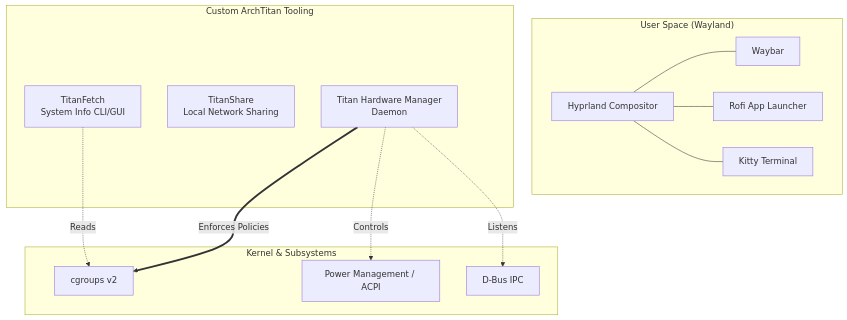
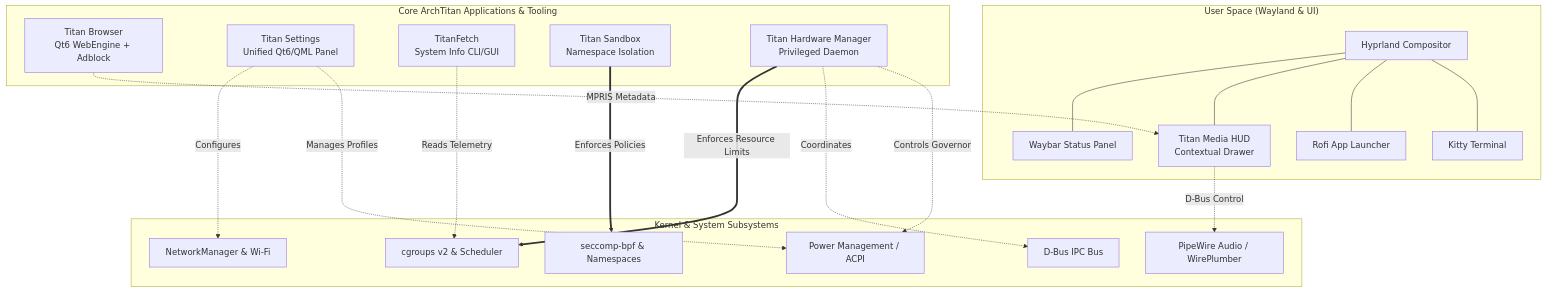
One commit to GitGuru29/archtitan-os changed the first of 3 diagrams in README.md. Above: the diagram before and after it, drawn with Mermaid. The commit also changed other lines of this file, not shown here.

Commit message:
docs: update README with project badges, enhanced ecosystem documentation, and architectural diagrams

````diff
--- a/README.md
+++ b/README.md
@@ -22,31 +29,44 @@
 ```mermaid
 graph TD
-    subgraph "User Space (Wayland)"
+    subgraph "User Space (Wayland & UI)"
         H[Hyprland Compositor]
-        W[Waybar]
+        W[Waybar Status Panel]
+        MH[Titan Media HUD<br>Contextual Drawer]
         R[Rofi App Launcher]
         K[Kitty Terminal]
     end
 
-    subgraph "Custom ArchTitan Tooling"
+    subgraph "Core ArchTitan Applications & Tooling"
+        TB[Titan Browser<br>Qt6 WebEngine + Adblock]
+        TS_APP[Titan Settings<br>Unified Qt6/QML Panel]
         TF[TitanFetch<br>System Info CLI/GUI]
-        TS[TitanShare<br>Local Network Sharing]
-        THM[Titan Hardware Manager<br>Daemon]
+        TSD[Titan Sandbox<br>Namespace Isolation]
+        THM[Titan Hardware Manager<br>Privileged Daemon]
     end
 
-    subgraph "Kernel & Subsystems"
-        CG[cgroups v2]
+    subgraph "Kernel & System Subsystems"
+        CG[cgroups v2 & Scheduler]
+        SEC[seccomp-bpf & Namespaces]
         PM[Power Management / ACPI]
-        DB[D-Bus IPC]
+        PW[PipeWire Audio / WirePlumber]
+        NM[NetworkManager & Wi-Fi]
+        DB[D-Bus IPC Bus]
     end
 
-    %% Relationships
+    %% User Space Connections
     H --- W
+    H --- MH
     H --- R
     H --- K
     
-    TF -.->|Reads| CG
-    THM ==>|Enforces Policies| CG
-    THM -.->|Listens| DB
-    THM -.->|Controls| PM
+    %% Tooling Interactions
+    TB -.->|MPRIS Metadata| MH
+    MH -.->|D-Bus Control| PW
+    TS_APP -.->|Configures| NM
+    TS_APP -.->|Manages Profiles| PM
+    TSD ==>|Enforces Policies| SEC
+    TF -.->|Reads Telemetry| CG
+    THM ==>|Enforces Resource Limits| CG
+    THM -.->|Coordinates| DB
+    THM -.->|Controls Governor| PM
 ```
````
